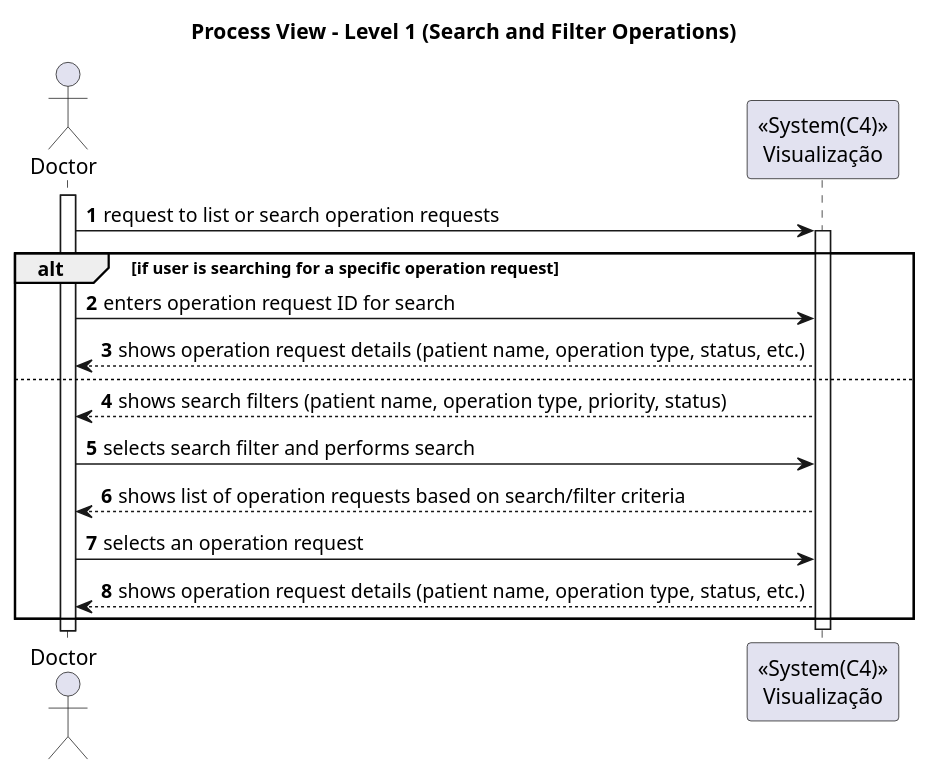
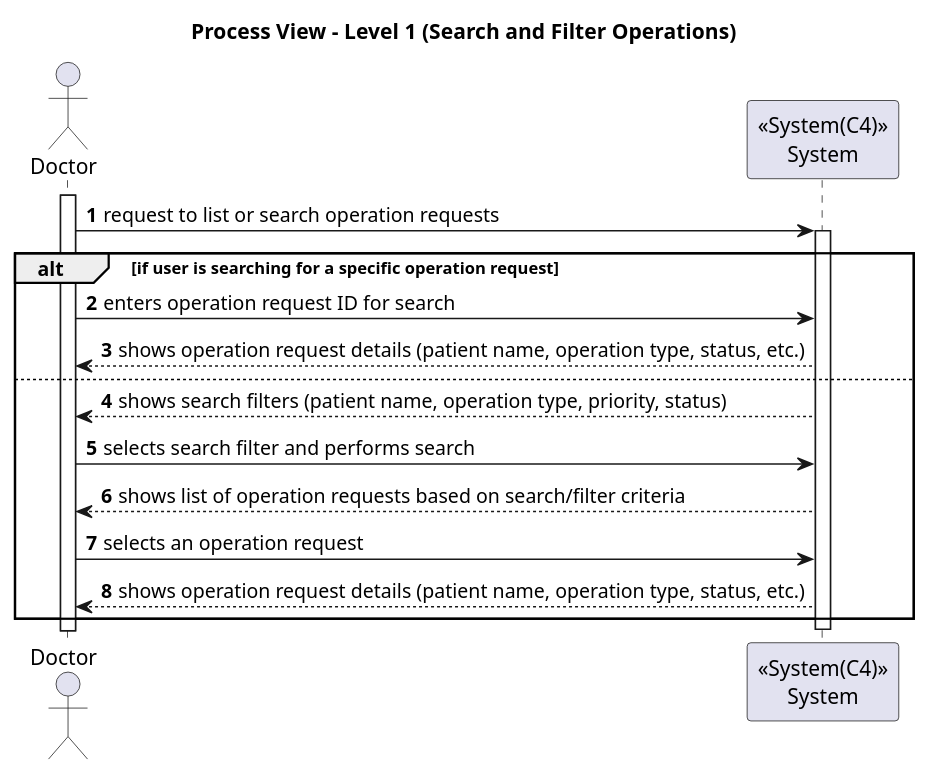
The diagram in Docs/SprintA/US19/level1/process_view.puml (Saquinho74/LAPR5), drawn with PlantUML before and after one commit. The commit also changed 5 other files, not shown here.

```diff
--- a/Docs/SprintA/US19/level1/process_view.puml
+++ b/Docs/SprintA/US19/level1/process_view.puml
@@ -1,37 +1,37 @@
 @startuml
 'https://plantuml.com/sequence-diagram
 
 autonumber
 actor Doctor as doc
-participant "<<System(C4)>>\nVisualização" as sys
+participant "<<System(C4)>>\nSystem" as sys
 title Process View - Level 1 (Search and Filter Operations)
 
 activate doc
 
 doc -> sys: request to list or search operation requests
 activate sys
 
 alt if user is searching for a specific operation request
   doc -> sys: enters operation request ID for search
   sys --> doc: shows operation request details (patient name, operation type, status, etc.)
 
 
 else
 
 sys --> doc: shows search filters (patient name, operation type, priority, status)
 doc -> sys: selects search filter and performs search
 
 sys --> doc: shows list of operation requests based on search/filter criteria
 
 
 doc -> sys: selects an operation request
 
 sys --> doc: shows operation request details (patient name, operation type, status, etc.)
 
 
 end
 deactivate sys
 
 
 
 @enduml
```
